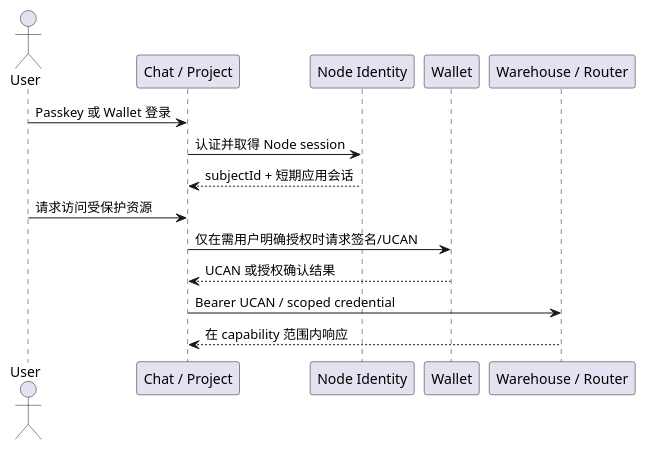
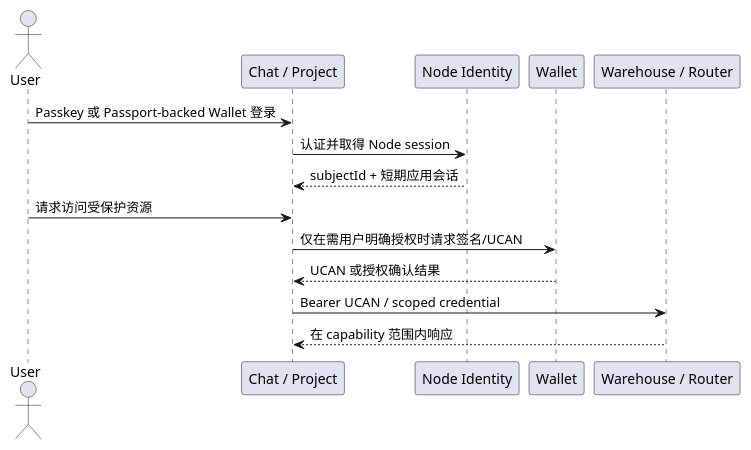
The fifth of 6 diagrams in docs/通行证登录方案.md (yeying-community/wallet), drawn with PlantUML before and after one commit. The commit also changed other lines of this file and 12 other files, not shown here.

Commit message:
feat: add passport assertion wallet login

````diff
--- a/docs/通行证登录方案.md
+++ b/docs/通行证登录方案.md
@@ -190,18 +272,18 @@
 ```plantuml
 @startuml
 actor User
 participant "Chat / Project" as App
 participant "Node Identity" as Node
 participant "Wallet" as Wallet
 participant "Warehouse / Router" as Resource
 
-User -> App : Passkey 或 Wallet 登录
+User -> App : Passkey 或 Passport-backed Wallet 登录
 App -> Node : 认证并取得 Node session
 Node --> App : subjectId + 短期应用会话
 User -> App : 请求访问受保护资源
 App -> Wallet : 仅在需用户明确授权时请求签名/UCAN
 Wallet --> App : UCAN 或授权确认结果
 App -> Resource : Bearer UCAN / scoped credential
 Resource --> App : 在 capability 范围内响应
 @enduml
 ```
````
